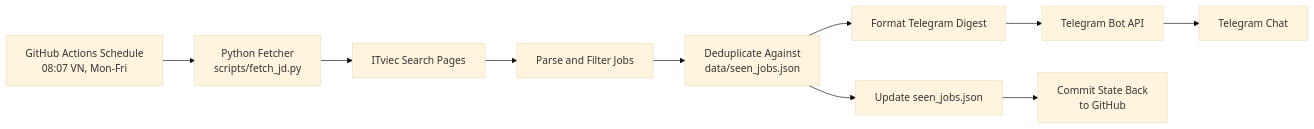
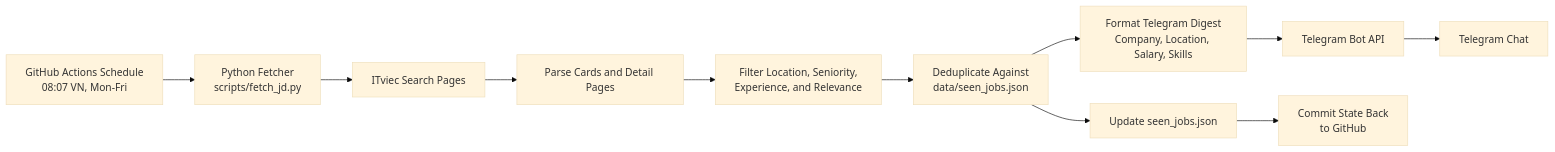
One commit to ThanhLam-NetEng/jd-daily-bot changed the diagram in README.md. Above: the diagram before and after it, drawn with Mermaid (base theme). The commit also changed other lines of this file and 1 other file, not shown here.

Commit message:
docs: update demo notes and reset seen jobs

````diff
--- a/README.md
+++ b/README.md
@@ -32,12 +46,13 @@
 ```mermaid
 flowchart LR
     A[GitHub Actions Schedule<br/>08:07 VN, Mon-Fri] --> B[Python Fetcher<br/>scripts/fetch_jd.py]
     B --> C[ITviec Search Pages]
-    C --> D[Parse and Filter Jobs]
-    D --> E[Deduplicate Against<br/>data/seen_jobs.json]
-    E --> F[Format Telegram Digest]
-    F --> G[Telegram Bot API]
-    G --> H[Telegram Chat]
-    E --> I[Update seen_jobs.json]
-    I --> J[Commit State Back<br/>to GitHub]
+    C --> D[Parse Cards and Detail Pages]
+    D --> E[Filter Location, Seniority,<br/>Experience, and Relevance]
+    E --> F[Deduplicate Against<br/>data/seen_jobs.json]
+    F --> G[Format Telegram Digest<br/>Company, Location, Salary, Skills]
+    G --> H[Telegram Bot API]
+    H --> I[Telegram Chat]
+    F --> J[Update seen_jobs.json]
+    J --> K[Commit State Back<br/>to GitHub]
 ```
````
